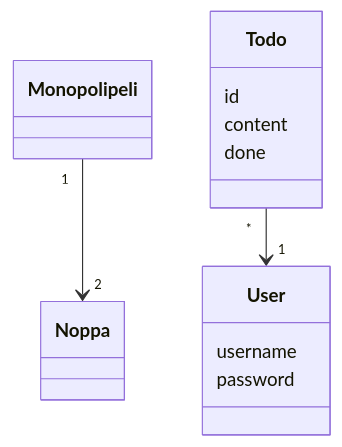
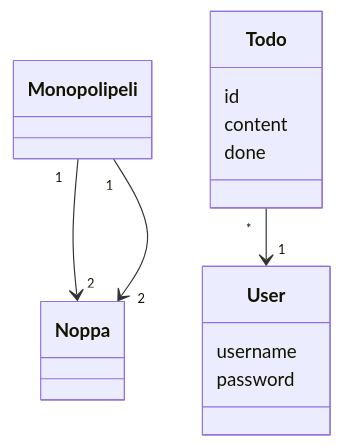
One commit to jakubgrad/ot-harjoitustyo changed the diagram in laskarit/week3/t1.md. Above: the diagram before and after it, drawn with Mermaid.

Commit message:
Updated Task 1 diagram

````diff
--- a/laskarit/week3/t1.md
+++ b/laskarit/week3/t1.md
@@ -2,14 +2,15 @@
 ```mermaid
  classDiagram
+      Monopolipeli "1" --> "2" Noppa
       Monopolipeli "1" --> "2" Noppa
       Todo "*" --> "1" User
       class User{
           username
           password
       }
       class Todo{
           id
           content
           done
       }
 ```
````
